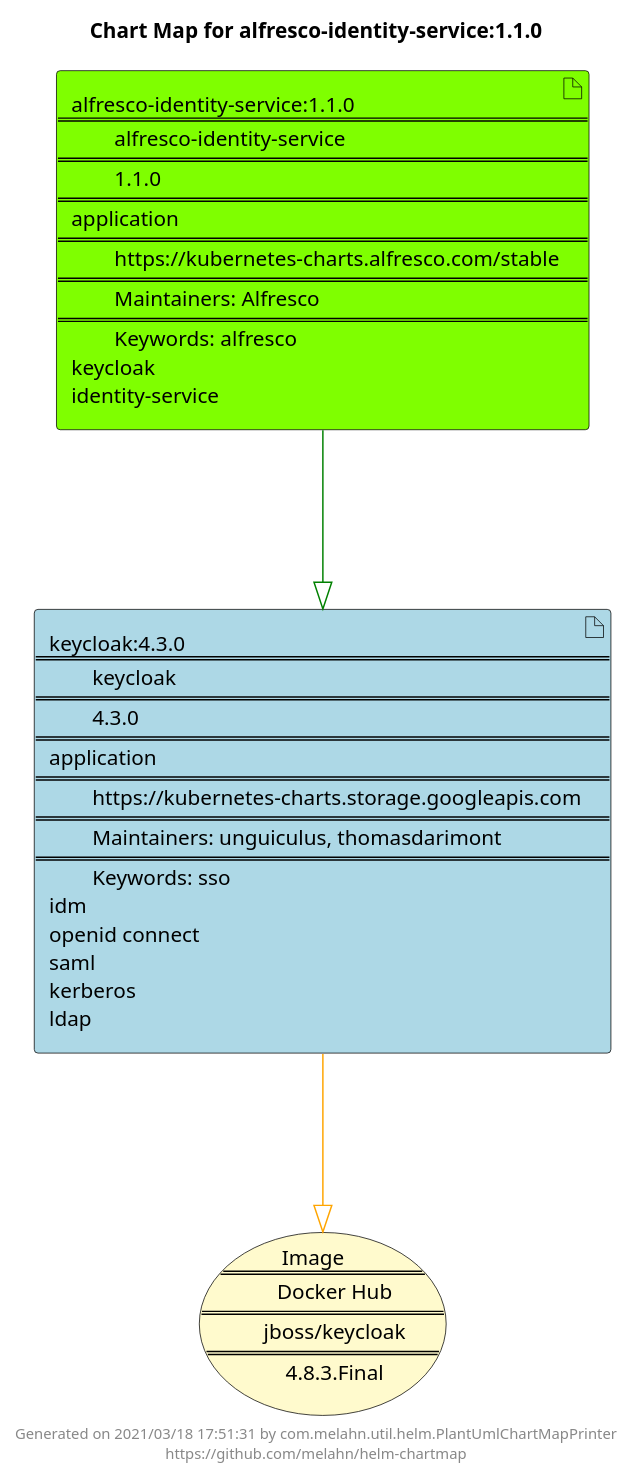
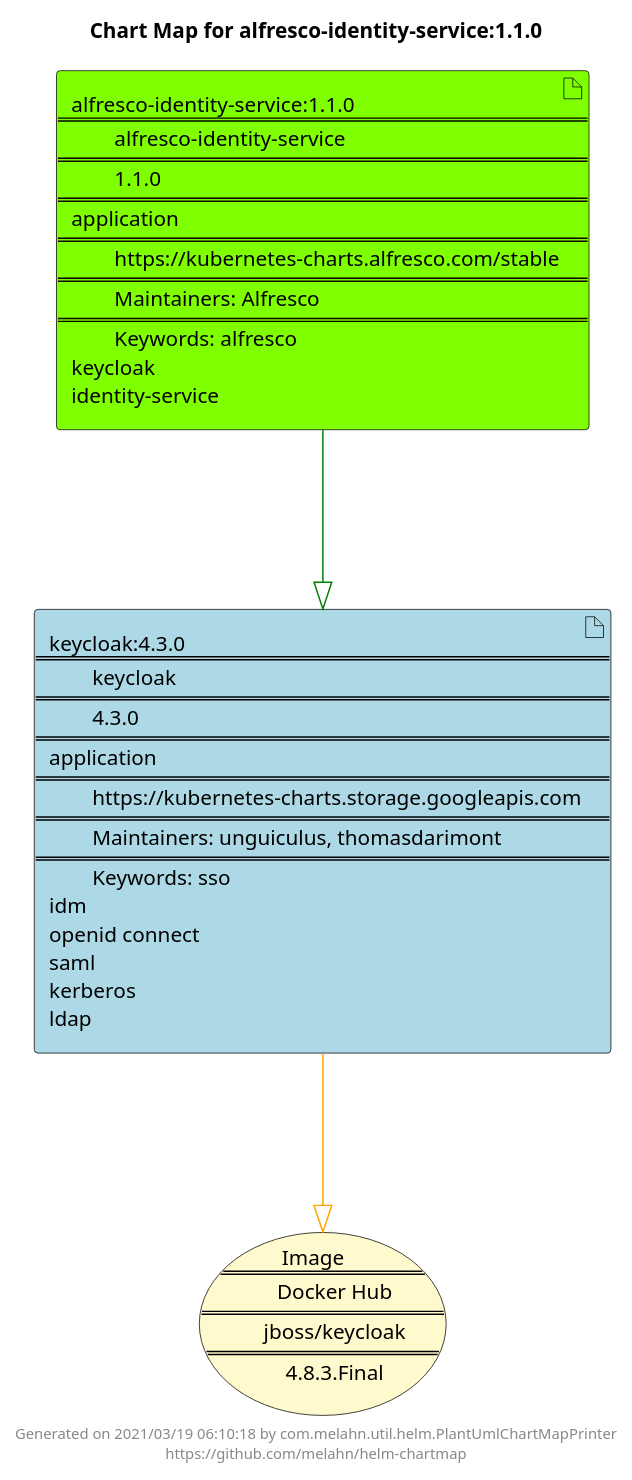
One commit to melahn/helm-chartmap changed the diagram in docs/alfresco-identity-service/alfresco-identity-service-1.1.0.puml. Above: the diagram before and after it, drawn with PlantUML. The commit also changed 29 other files, not shown here.

Commit message:
Regenerate chart examples

```diff
--- a/docs/alfresco-identity-service/alfresco-identity-service-1.1.0.puml
+++ b/docs/alfresco-identity-service/alfresco-identity-service-1.1.0.puml
@@ -1,23 +1,23 @@
 @startuml
 skinparam linetype ortho
 skinparam backgroundColor white
 skinparam usecaseBorderColor black
 skinparam usecaseArrowColor LightSlateGray
 skinparam artifactBorderColor black
 skinparam artifactArrowColor LightSlateGray
 
 title Chart Map for alfresco-identity-service:1.1.0
 
 'There are 2 referenced Helm Charts
 artifact "alfresco-identity-service:1.1.0\n====\n\talfresco-identity-service\n====\n\t1.1.0\n====\napplication\n====\n\thttps://kubernetes-charts.alfresco.com/stable\n====\n\tMaintainers: Alfresco\n====\n\tKeywords: alfresco\nkeycloak\nidentity-service" as alfresco_identity_service_1_1_0 #Chartreuse
 artifact "keycloak:4.3.0\n====\n\tkeycloak\n====\n\t4.3.0\n====\napplication\n====\n\thttps://kubernetes-charts.storage.googleapis.com\n====\n\tMaintainers: unguiculus, thomasdarimont\n====\n\tKeywords: sso\nidm\nopenid connect\nsaml\nkerberos\nldap" as keycloak_4_3_0 #LightBlue
 
 'There is one referenced Docker Image
 usecase "Image\n====\n\tDocker Hub\n====\n\tjboss/keycloak\n====\n\t4.8.3.Final" as jboss_keycloak_4_8_3_Final #LemonChiffon
 
 'Chart Dependencies
 alfresco_identity_service_1_1_0--[#green]-|>keycloak_4_3_0
 keycloak_4_3_0--[#orange]-|>jboss_keycloak_4_8_3_Final
 
-center footer Generated on 2021/03/18 17:51:31 by com.melahn.util.helm.PlantUmlChartMapPrinter\nhttps://github.com/melahn/helm-chartmap
+center footer Generated on 2021/03/19 06:10:18 by com.melahn.util.helm.PlantUmlChartMapPrinter\nhttps://github.com/melahn/helm-chartmap
 @enduml
```
